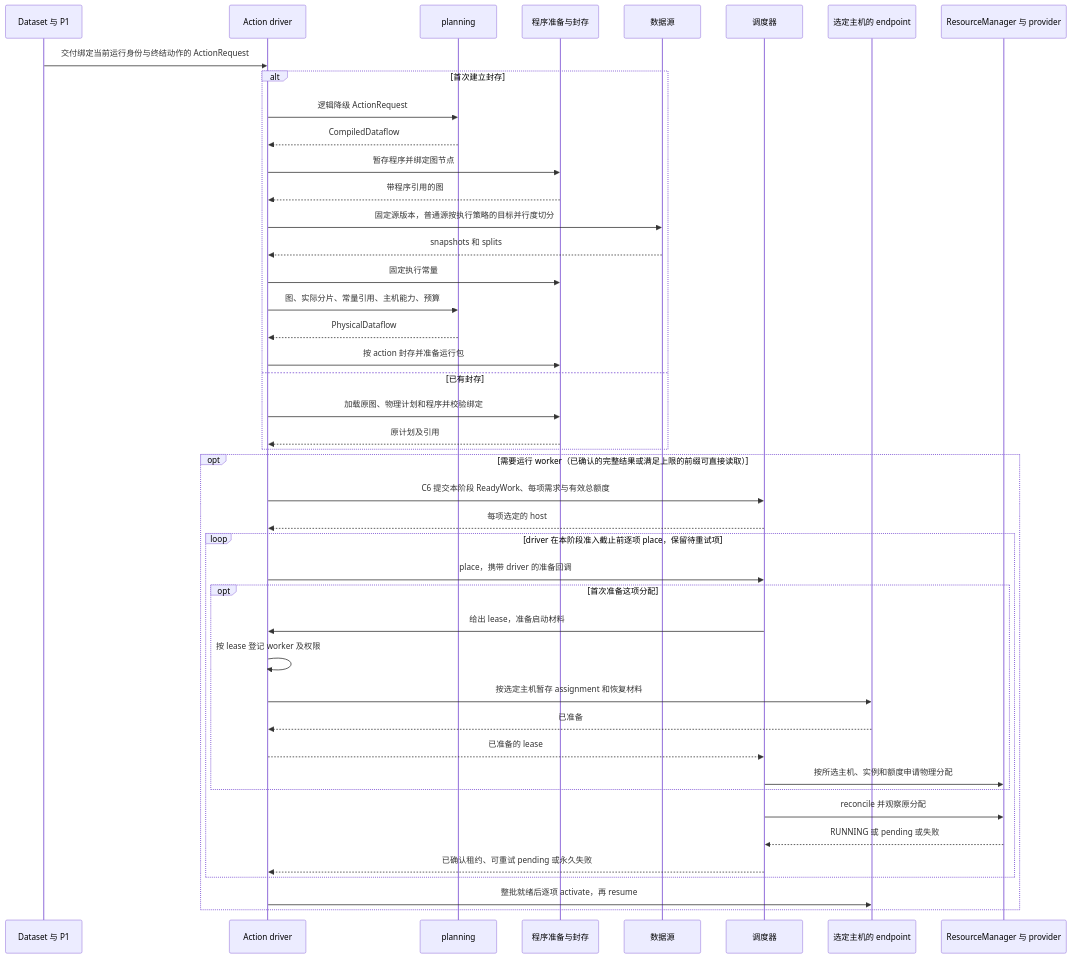
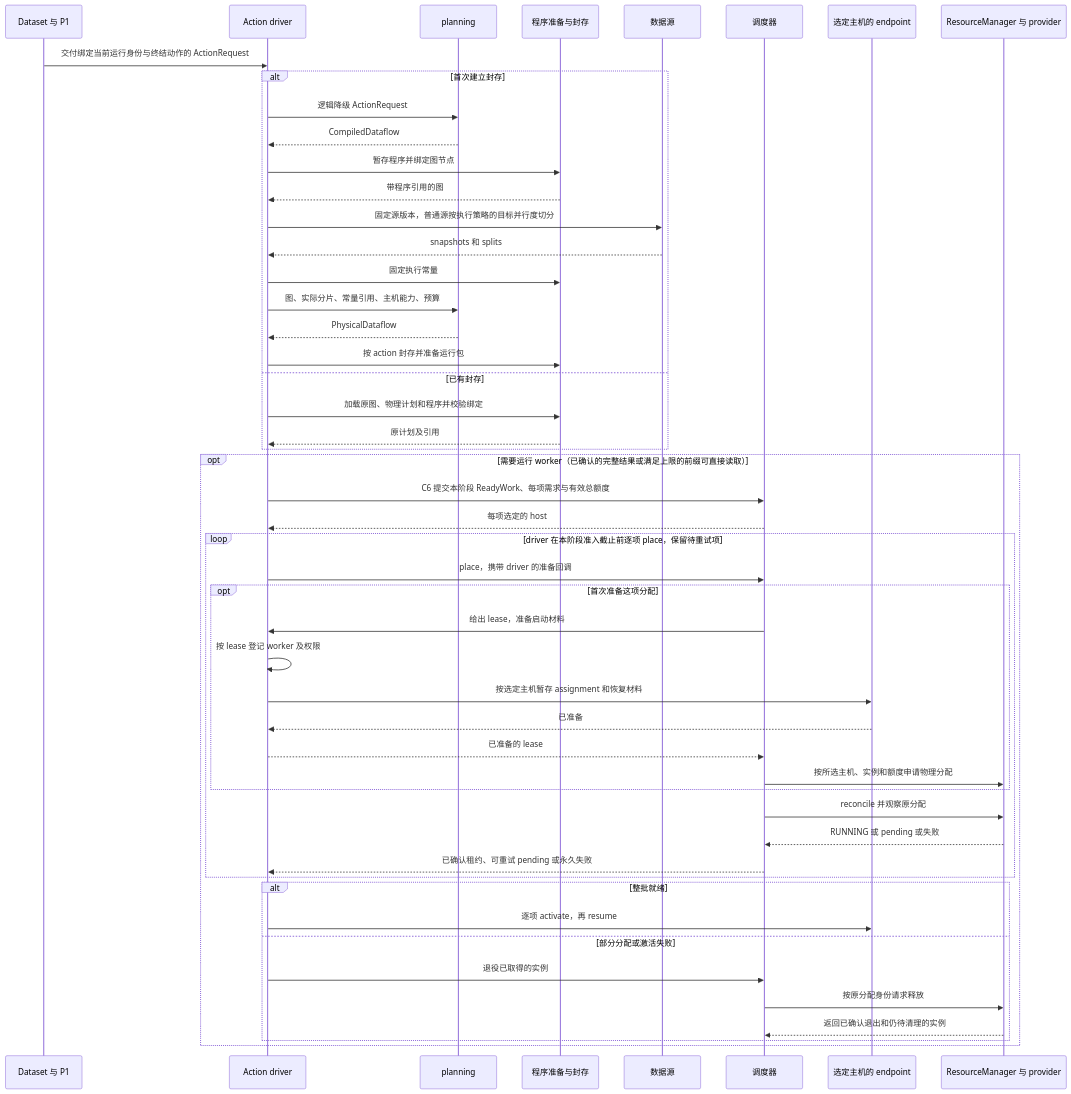
Diagram 12 of 14 in docs/demiflow-architecture.md (vincent9299/demiflow), drawn with Mermaid before and after one commit. The commit also changed other lines of this file, not shown here.

````diff
--- a/docs/demiflow-architecture.md
+++ b/docs/demiflow-architecture.md
@@ -478,46 +483,52 @@
 ```mermaid
 sequenceDiagram
     participant A as Dataset 与 P1
     participant D as Action driver
     participant P as planning
     participant F as 程序准备与封存
     participant S as 数据源
     participant Q as 调度器
     participant H as 选定主机的 endpoint
     participant R as ResourceManager 与 provider
     A->>D: 交付绑定当前运行身份与终结动作的 ActionRequest
     alt 首次建立封存
         D->>P: 逻辑降级 ActionRequest
         P-->>D: CompiledDataflow
         D->>F: 暂存程序并绑定图节点
         F-->>D: 带程序引用的图
         D->>S: 固定源版本，普通源按执行策略的目标并行度切分
         S-->>D: snapshots 和 splits
         D->>F: 固定执行常量
         D->>P: 图、实际分片、常量引用、主机能力、预算
         P-->>D: PhysicalDataflow
         D->>F: 按 action 封存并准备运行包
     else 已有封存
         D->>F: 加载原图、物理计划和程序并校验绑定
         F-->>D: 原计划及引用
     end
     opt 需要运行 worker（已确认的完整结果或满足上限的前缀可直接读取）
         D->>Q: C6 提交本阶段 ReadyWork、每项需求与有效总额度
         Q-->>D: 每项选定的 host
         loop driver 在本阶段准入截止前逐项 place，保留待重试项
             D->>Q: place，携带 driver 的准备回调
             opt 首次准备这项分配
                 Q->>D: 给出 lease，准备启动材料
                 D->>D: 按 lease 登记 worker 及权限
                 D->>H: 按选定主机暂存 assignment 和恢复材料
                 H-->>D: 已准备
                 D-->>Q: 已准备的 lease
                 Q->>R: 按所选主机、实例和额度申请物理分配
             end
             Q->>R: reconcile 并观察原分配
             R-->>Q: RUNNING 或 pending 或失败
             Q-->>D: 已确认租约、可重试 pending 或永久失败
         end
-        D->>H: 整批就绪后逐项 activate，再 resume
+        alt 整批就绪
+            D->>H: 逐项 activate，再 resume
+        else 部分分配或激活失败
+            D->>Q: 退役已取得的实例
+            Q->>R: 按原分配身份请求释放
+            R-->>Q: 返回已确认退出和仍待清理的实例
+        end
     end
 ```
````
